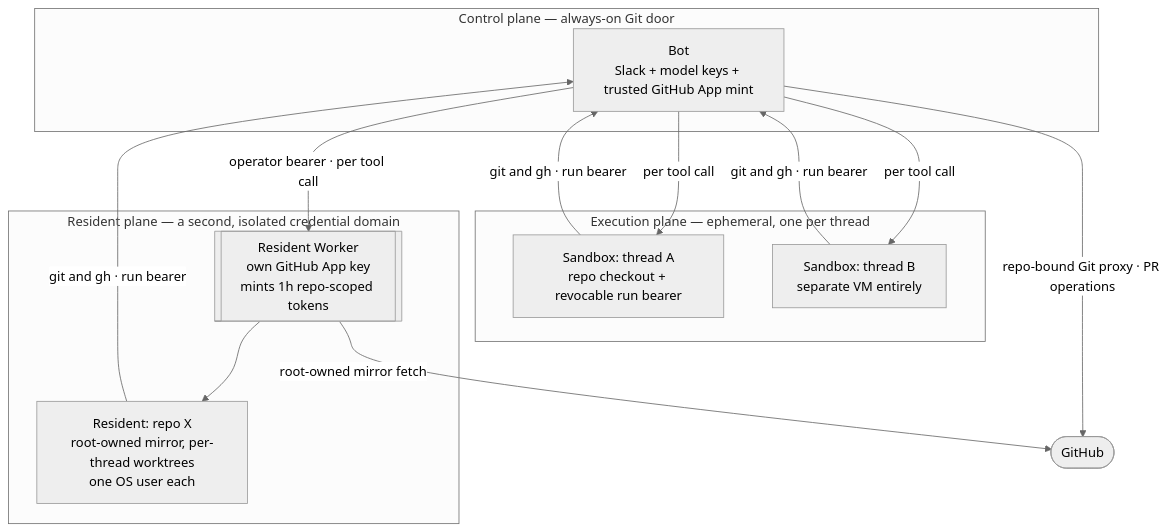
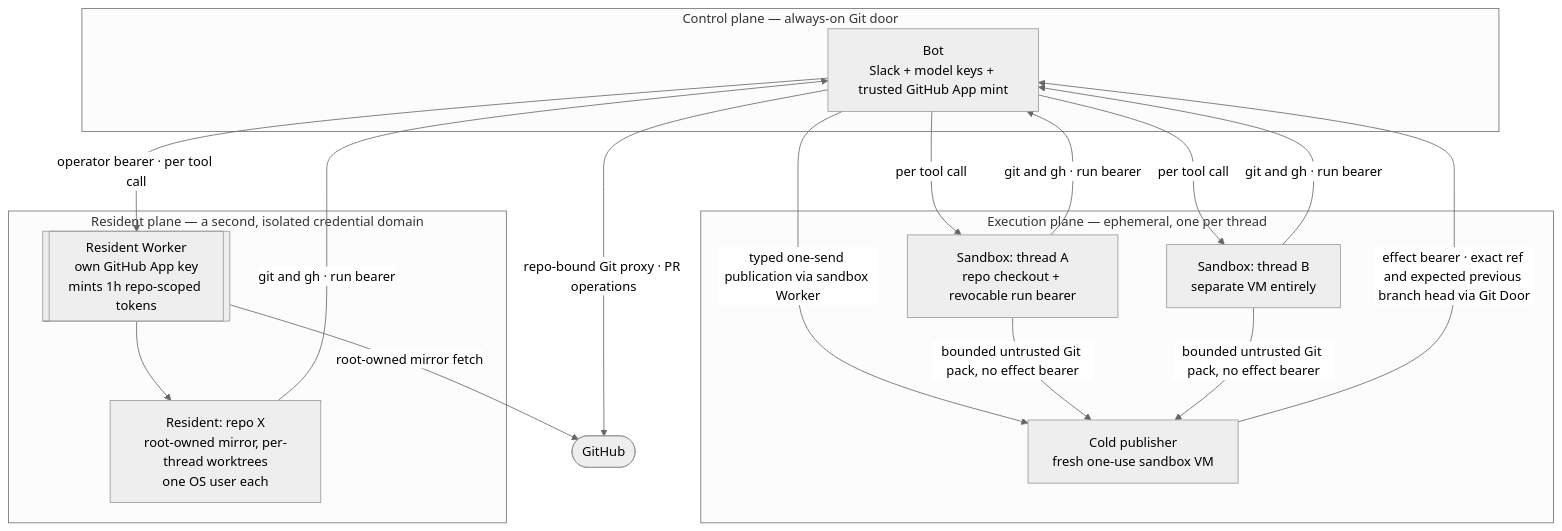
One commit to coreplanelabs/switchboard changed the diagram in docs/explanation/execution-and-trust.md. Above: the diagram before and after it, drawn with Mermaid (neutral theme). The commit also changed other lines of this file and 35 other files, not shown here.

Commit message:
feat(sandbox): isolate cold branch publication

````diff
--- a/docs/explanation/execution-and-trust.md
+++ b/docs/explanation/execution-and-trust.md
@@ -9,24 +9,28 @@
 ```mermaid
 flowchart TB
     subgraph cp ["Control plane — always-on Git door"]
         BOT["Bot<br/>Slack + model keys + trusted GitHub App mint"]
     end
 
     subgraph ep ["Execution plane — ephemeral, one per thread"]
         S1["Sandbox: thread A<br/>repo checkout + revocable run bearer"]
         S2["Sandbox: thread B<br/>separate VM entirely"]
+        PC["Cold publisher<br/>fresh one-use sandbox VM"]
     end
 
     subgraph rp ["Resident plane — a second, isolated credential domain"]
         RW[["Resident Worker<br/>own GitHub App key<br/>mints 1h repo-scoped tokens"]]
         RD["Resident: repo X<br/>root-owned mirror, per-thread worktrees<br/>one OS user each"]
     end
 
     GH(["GitHub"])
     BOT -->|"per tool call"| S1 & S2
+    BOT -->|"typed one-send publication via sandbox Worker"| PC
+    S1 & S2 -->|"bounded untrusted Git pack, no effect bearer"| PC
+    PC -->|"effect bearer · exact ref and expected previous branch head via Git Door"| BOT
     BOT -->|"operator bearer · per tool call"| RW --> RD
     S1 & S2 -->|"git and gh · run bearer"| BOT
     RD -->|"git and gh · run bearer"| BOT
     RW -->|"root-owned mirror fetch"| GH
     BOT -->|"repo-bound Git proxy · PR operations"| GH
 ```
````
